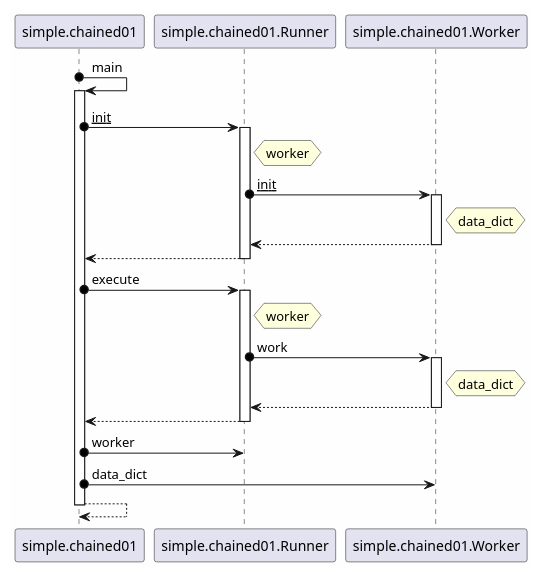
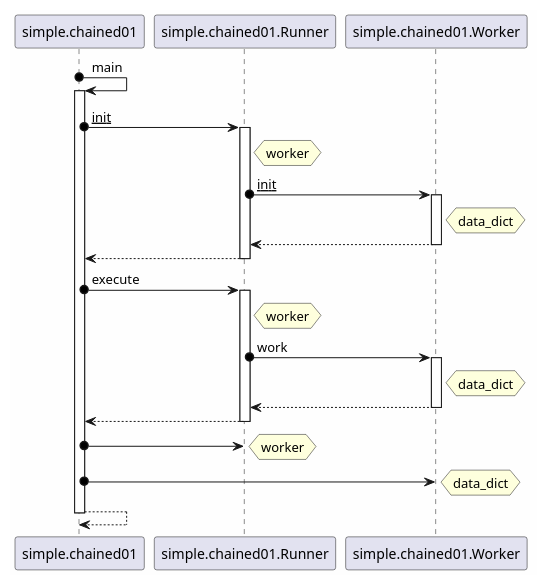
One commit to anetczuk/pyastgraph changed the diagram in examples/simple/out/chained01.plantuml. Above: the diagram before and after it, drawn with PlantUML. The commit also changed 16 other files, not shown here.

Commit message:
Sequence diagram: field access as note

```diff
--- a/examples/simple/out/chained01.plantuml
+++ b/examples/simple/out/chained01.plantuml
@@ -1,46 +1,52 @@
 @startuml
 
 skinparam backgroundColor #FEFEFE
 
 
 simple.chained01 o-> simple.chained01 : main
 activate simple.chained01
   simple.chained01 o-> simple.chained01.Runner : __init__
   activate simple.chained01.Runner
     hnote right of simple.chained01.Runner
     worker
-    endrnote
+    endnote
     simple.chained01.Runner o-> simple.chained01.Worker : __init__
     activate simple.chained01.Worker
       hnote right of simple.chained01.Worker
       data_dict
-      endrnote
+      endnote
     simple.chained01.Worker --> simple.chained01.Runner
     deactivate simple.chained01.Worker
 
   simple.chained01.Runner --> simple.chained01
   deactivate simple.chained01.Runner
 
   simple.chained01 o-> simple.chained01.Runner : execute
   activate simple.chained01.Runner
     hnote right of simple.chained01.Runner
     worker
-    endrnote
+    endnote
     simple.chained01.Runner o-> simple.chained01.Worker : work
     activate simple.chained01.Worker
       hnote right of simple.chained01.Worker
       data_dict
-      endrnote
+      endnote
     simple.chained01.Worker --> simple.chained01.Runner
     deactivate simple.chained01.Worker
 
   simple.chained01.Runner --> simple.chained01
   deactivate simple.chained01.Runner
 
-  simple.chained01 o-> simple.chained01.Runner : worker
-  simple.chained01 o-> simple.chained01.Worker : data_dict
+  simple.chained01 o-> simple.chained01.Runner 
+  hnote right
+  worker
+  end note
+  simple.chained01 o-> simple.chained01.Worker 
+  hnote right
+  data_dict
+  end note
 simple.chained01 --> simple.chained01
 deactivate simple.chained01
 
 
 @enduml
```
